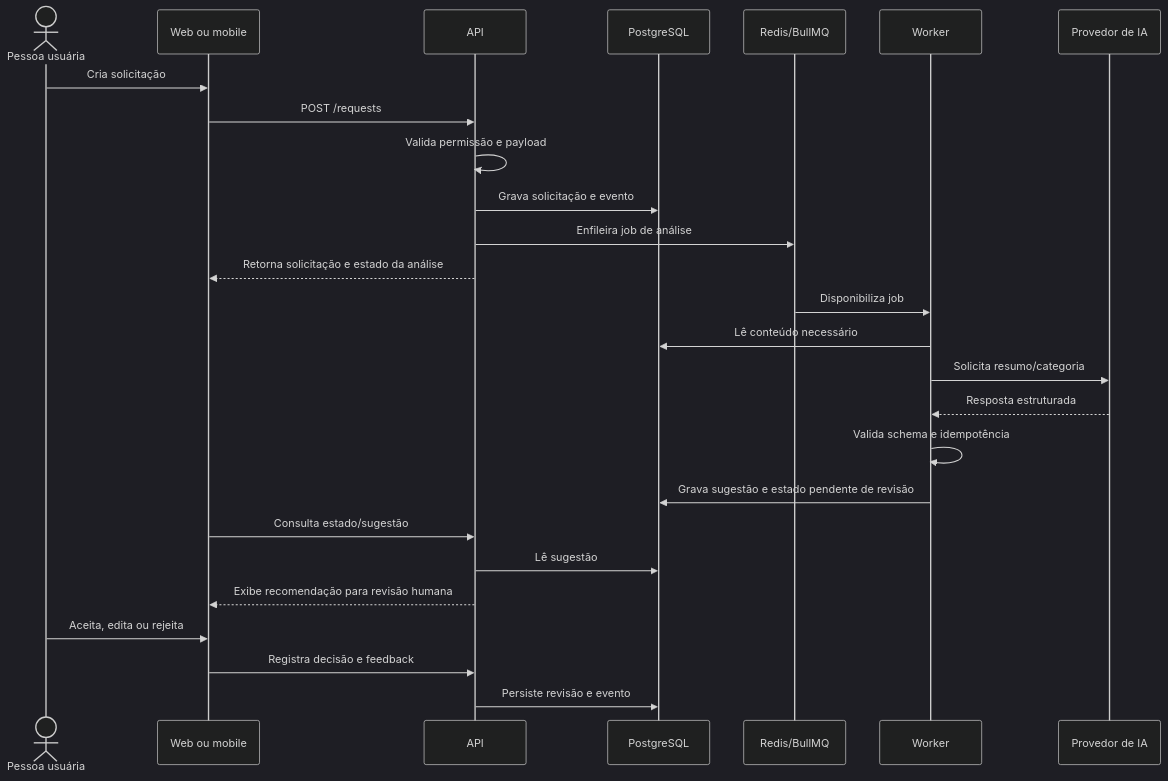
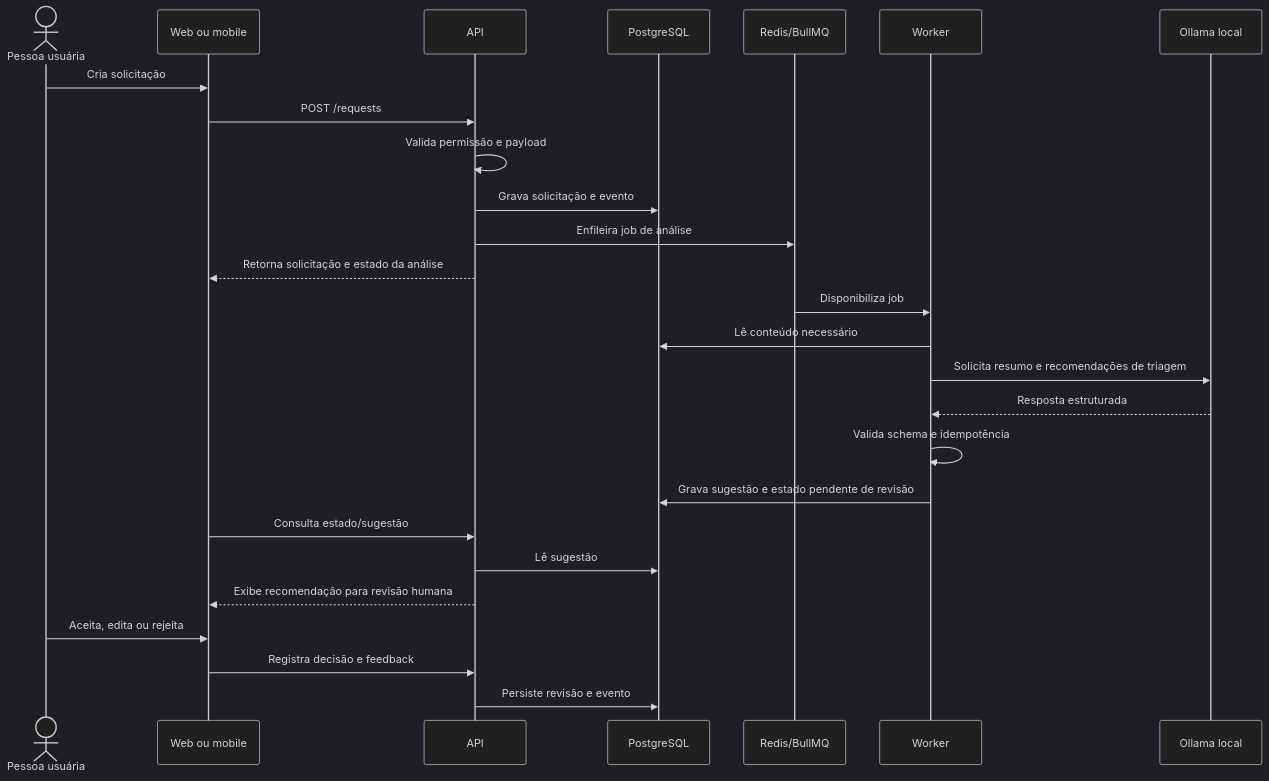
Before and after one commit to CampiteliRafael/revez: the second of 2 diagrams in 03-arquitetura-e-diagramas.md, drawn with Mermaid (dark theme). The commit also changed other lines of this file and 10 other files, not shown here.

Commit message:
feat(web): refine request form controls docs: document local Ollama architecture

````diff
--- a/03-arquitetura-e-diagramas.md
+++ b/03-arquitetura-e-diagramas.md
@@ -60,28 +74,28 @@
 ```mermaid
 sequenceDiagram
     actor U as Pessoa usuária
     participant C as Web ou mobile
     participant A as API
     participant P as PostgreSQL
     participant R as Redis/BullMQ
     participant W as Worker
-    participant M as Provedor de IA
+    participant M as Ollama local
     U->>C: Cria solicitação
     C->>A: POST /requests
     A->>A: Valida permissão e payload
     A->>P: Grava solicitação e evento
     A->>R: Enfileira job de análise
     A-->>C: Retorna solicitação e estado da análise
     R->>W: Disponibiliza job
     W->>P: Lê conteúdo necessário
-    W->>M: Solicita resumo/categoria
+    W->>M: Solicita resumo e recomendações de triagem
     M-->>W: Resposta estruturada
     W->>W: Valida schema e idempotência
     W->>P: Grava sugestão e estado pendente de revisão
     C->>A: Consulta estado/sugestão
     A->>P: Lê sugestão
     A-->>C: Exibe recomendação para revisão humana
     U->>C: Aceita, edita ou rejeita
     C->>A: Registra decisão e feedback
     A->>P: Persiste revisão e evento
 ```
````
